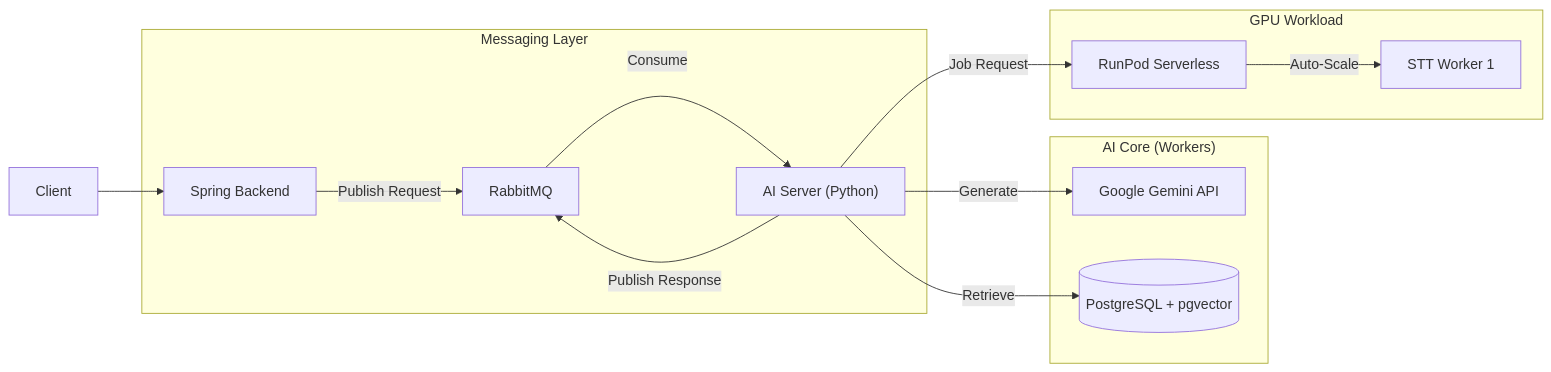
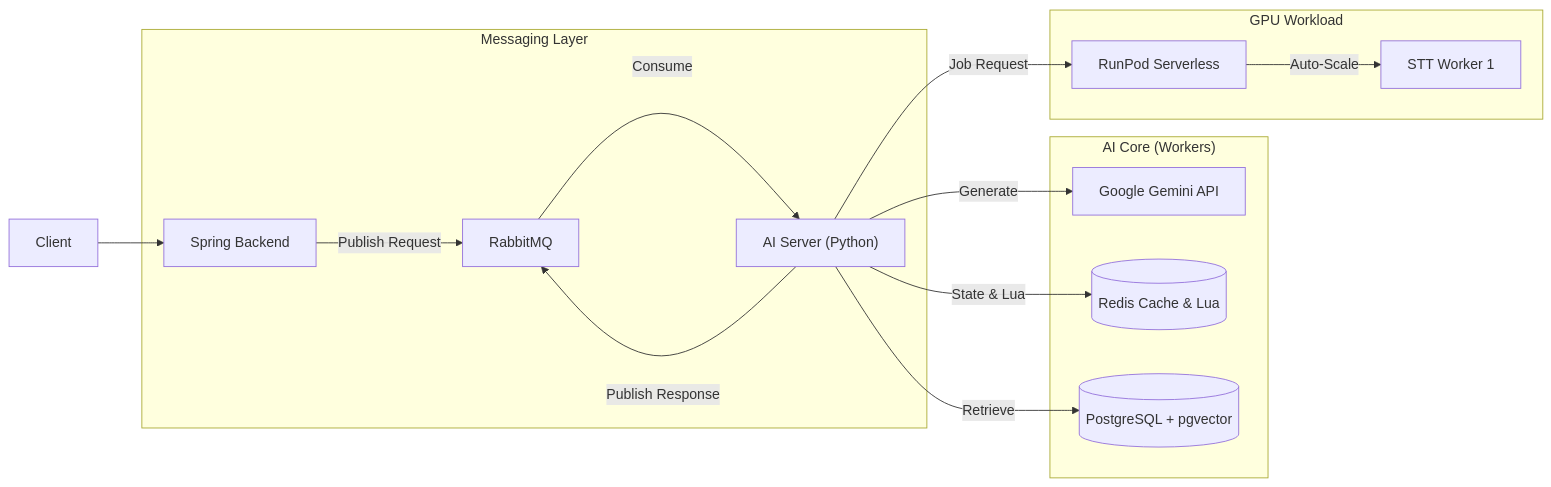
The diagram in README.md (100-hours-a-week/4-team-IMYME-ai), drawn with Mermaid before and after one commit. The commit also changed other lines of this file and 2 other files, not shown here.

````diff
--- a/README.md
+++ b/README.md
@@ -46,20 +51,21 @@
 ```mermaid
 graph LR
     User[Client] --> GW[Spring Backend]
     
     subgraph "Messaging Layer"
         GW -->|Publish Request| MQ[RabbitMQ]
         AI -->|Publish Response| MQ
     end
     
     subgraph "AI Core (Workers)"
         MQ -->|Consume| AI["AI Server (Python)"]
         AI -->|Generate| GEMINI[Google Gemini API]
+        AI -->|State & Lua| REDIS[(Redis Cache & Lua)]
         AI -->|Retrieve| DB[("PostgreSQL + pgvector")]
     end
     
     subgraph "GPU Workload"
         AI -->|Job Request| RP[RunPod Serverless]
         RP -->|Auto-Scale| W1[STT Worker 1]
     end
 ```
````
